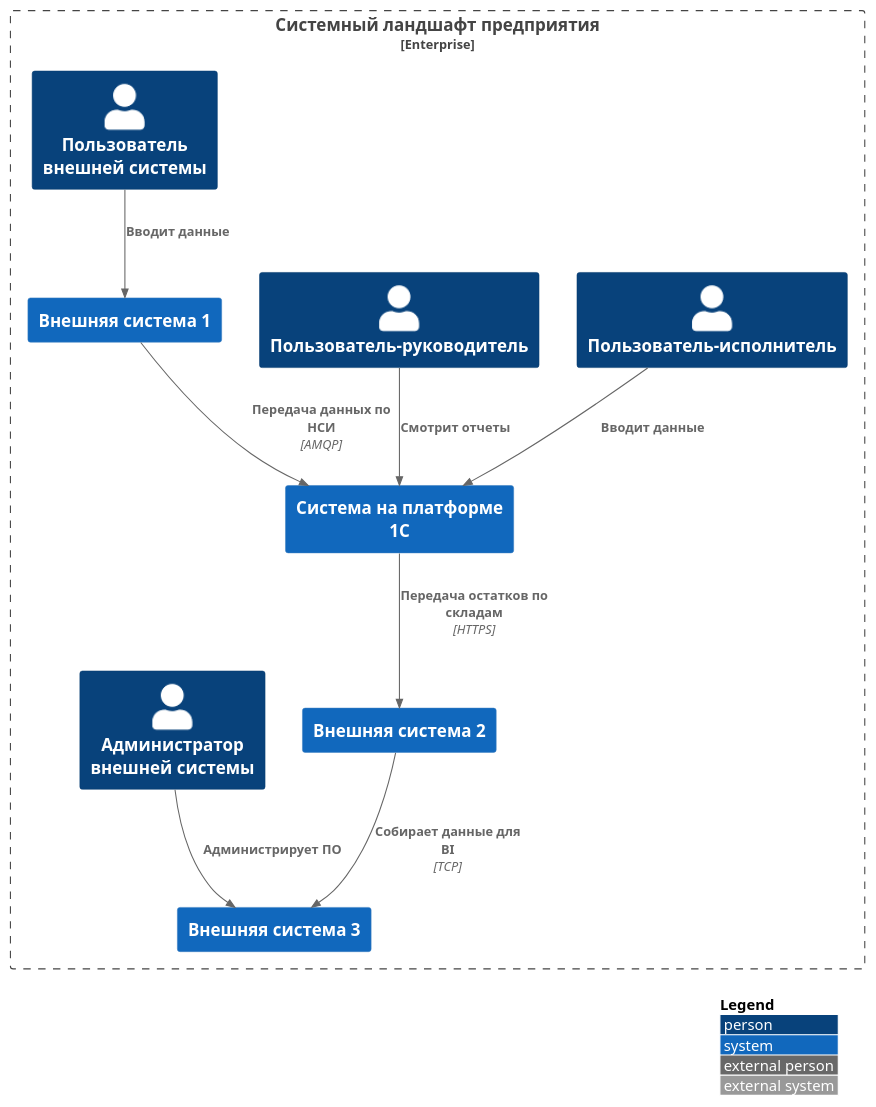
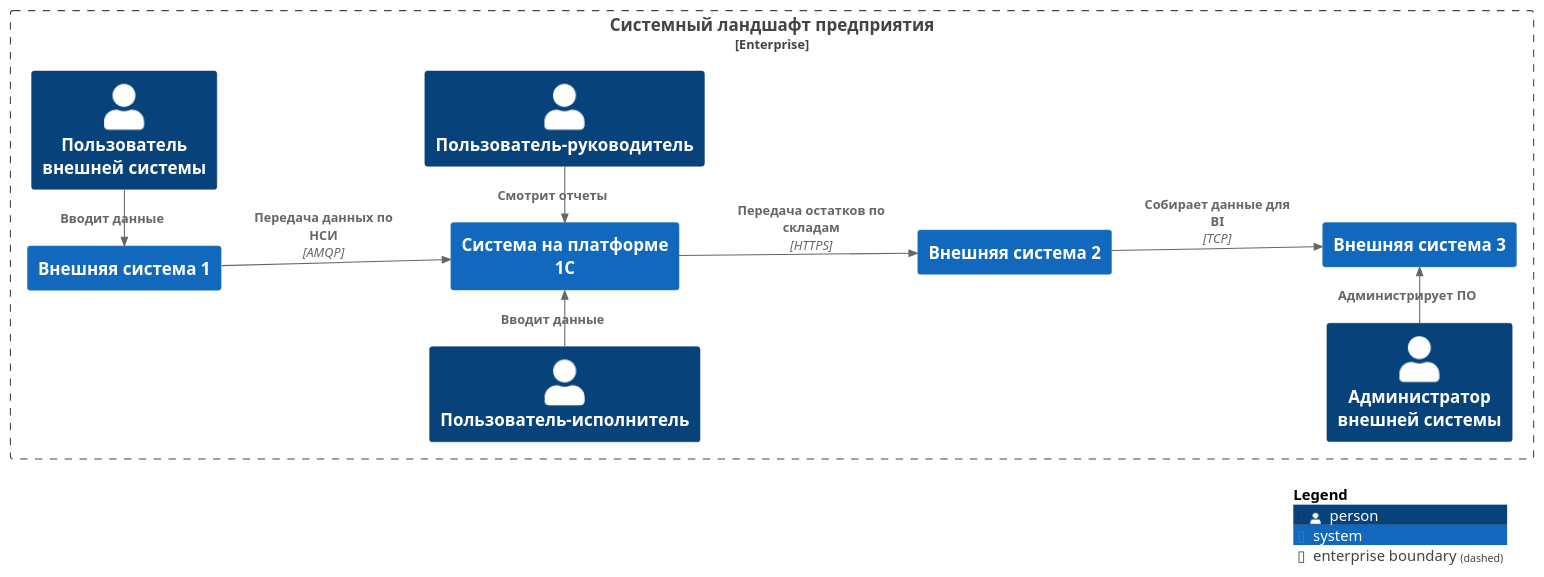
One commit to ivanmolodec/c4-1c-example changed the diagram in puml/SystemLandscape.puml. Above: the diagram before and after it, drawn with PlantUML. The commit also changed 7 other files, not shown here.

Commit message:
Добавлены оставшиеся диаграммы

```diff
--- a/puml/SystemLandscape.puml
+++ b/puml/SystemLandscape.puml
@@ -1,26 +1,28 @@
 @startuml Example 1C C4 - System Landscape
 
 !include https://raw.githubusercontent.com/plantuml-stdlib/C4-PlantUML/master/C4_Context.puml
 
-LAYOUT_WITH_LEGEND()
+LAYOUT_LANDSCAPE()
 
 Enterprise_Boundary(c0, "Системный ландшафт предприятия") {
     Person(SystemUser1, "Пользователь-исполнитель")
     Person(SystemUser2, "Пользователь-руководитель")
     Person(OtherSystemUser, "Пользователь внешней системы")
     Person(OtherSystemAdmin, "Администратор внешней системы")
     System(System1C, "Система на платформе 1С")
     System(OtherSystem1, "Внешняя система 1")
     System(OtherSystem2, "Внешняя система 2")
     System(OtherSystem3, "Внешняя система 3")
 }
 
-Rel(OtherSystemUser, OtherSystem1, "Вводит данные")
-Rel(OtherSystemAdmin, OtherSystem3, "Администрирует ПО")
+Rel_U(OtherSystemUser, OtherSystem1, "Вводит данные")
+Rel_D(OtherSystemAdmin, OtherSystem3, "Администрирует ПО")
 Rel(OtherSystem1, System1C, "Передача данных по НСИ", "AMQP")
 Rel(System1C, OtherSystem2, "Передача остатков по складам", "HTTPS")
 Rel(OtherSystem2, OtherSystem3, "Собирает данные для BI", "TCP")
-Rel(SystemUser2, System1C, "Смотрит отчеты")
-Rel(SystemUser1, System1C, "Вводит данные")
+Rel_U(SystemUser2, System1C, "Смотрит отчеты")
+Rel_D(SystemUser1, System1C, "Вводит данные")
+
+SHOW_LEGEND()
 
 @enduml
```
